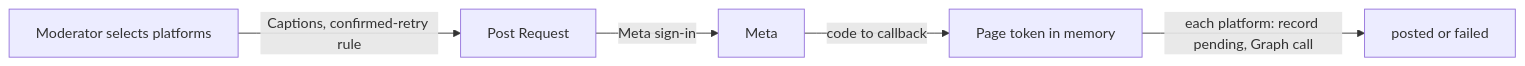
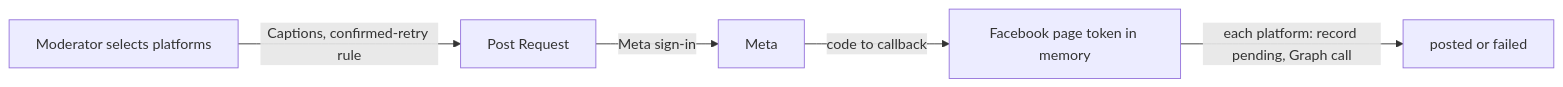
The diagram in docs/social-posting/README.md (filip-be/folk-ms), drawn with Mermaid before and after one commit. The commit also changed other lines of this file and 21 other files, not shown here.

First line of the commit message:
Docs and comments: say "Facebook page" instead of "Page"

````diff
--- a/docs/social-posting/README.md
+++ b/docs/social-posting/README.md
@@ -21,7 +21,7 @@
 ```mermaid
 flowchart LR
   A[Moderator selects platforms] -->|Captions, confirmed-retry rule| R[Post Request]
   R -->|Meta sign-in| M[Meta]
-  M -->|code to callback| T[Page token in memory]
+  M -->|code to callback| T[Facebook page token in memory]
   T -->|each platform: record pending, Graph call| O[posted or failed]
 ```
````
